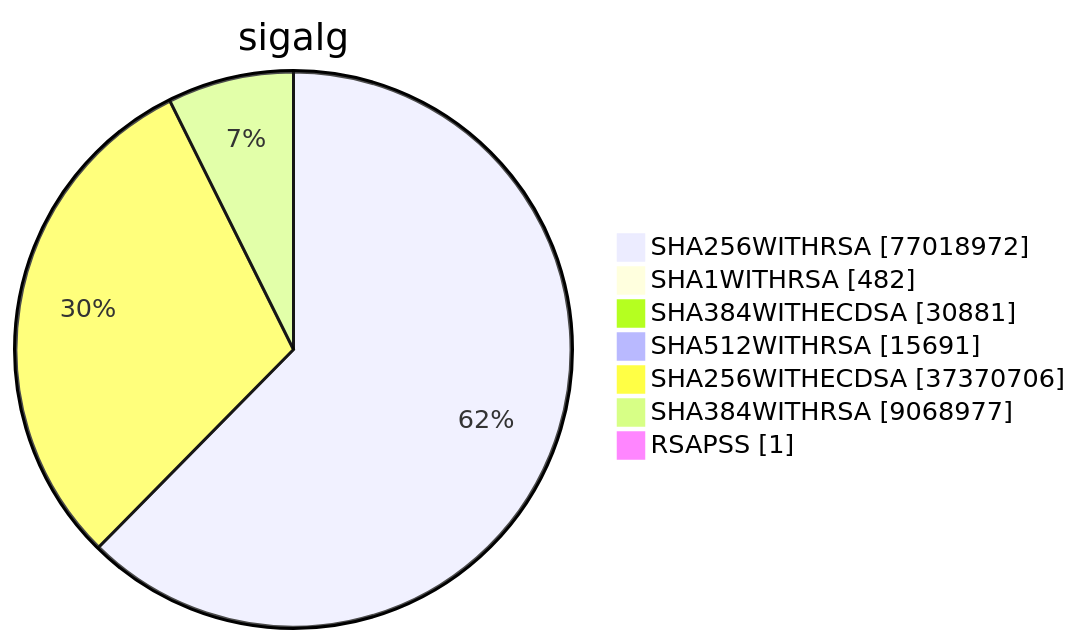
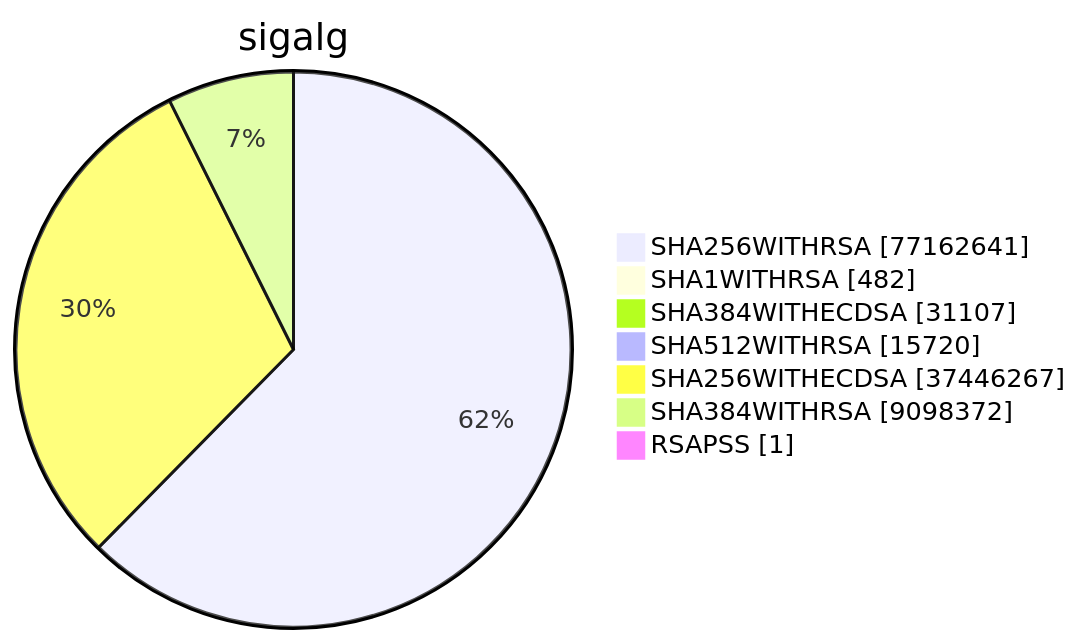
Diagram 15 of 15 in xenon2023/README.md (christiankrug/ctmonitor_visualization), drawn with Mermaid before and after one commit. The commit also changed other lines of this file, not shown here.

````diff
--- a/xenon2023/README.md
+++ b/xenon2023/README.md
@@ -4562,11 +4571,11 @@
 ```mermaid
 pie showData
 title sigalg
-"SHA256WITHRSA" :77018972
+"SHA256WITHRSA" :77162641
 "SHA1WITHRSA" :482
-"SHA384WITHECDSA" :30881
-"SHA512WITHRSA" :15691
-"SHA256WITHECDSA" :37370706
-"SHA384WITHRSA" :9068977
+"SHA384WITHECDSA" :31107
+"SHA512WITHRSA" :15720
+"SHA256WITHECDSA" :37446267
+"SHA384WITHRSA" :9098372
 "RSAPSS" :1
 ```
````
